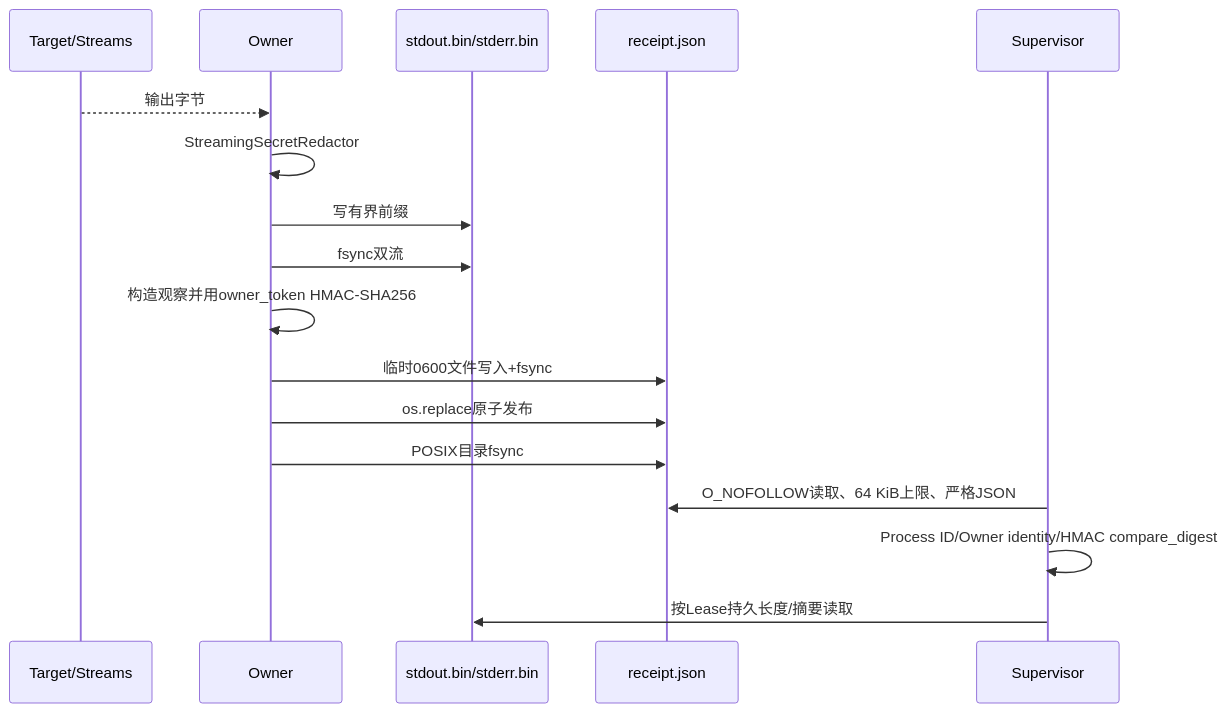
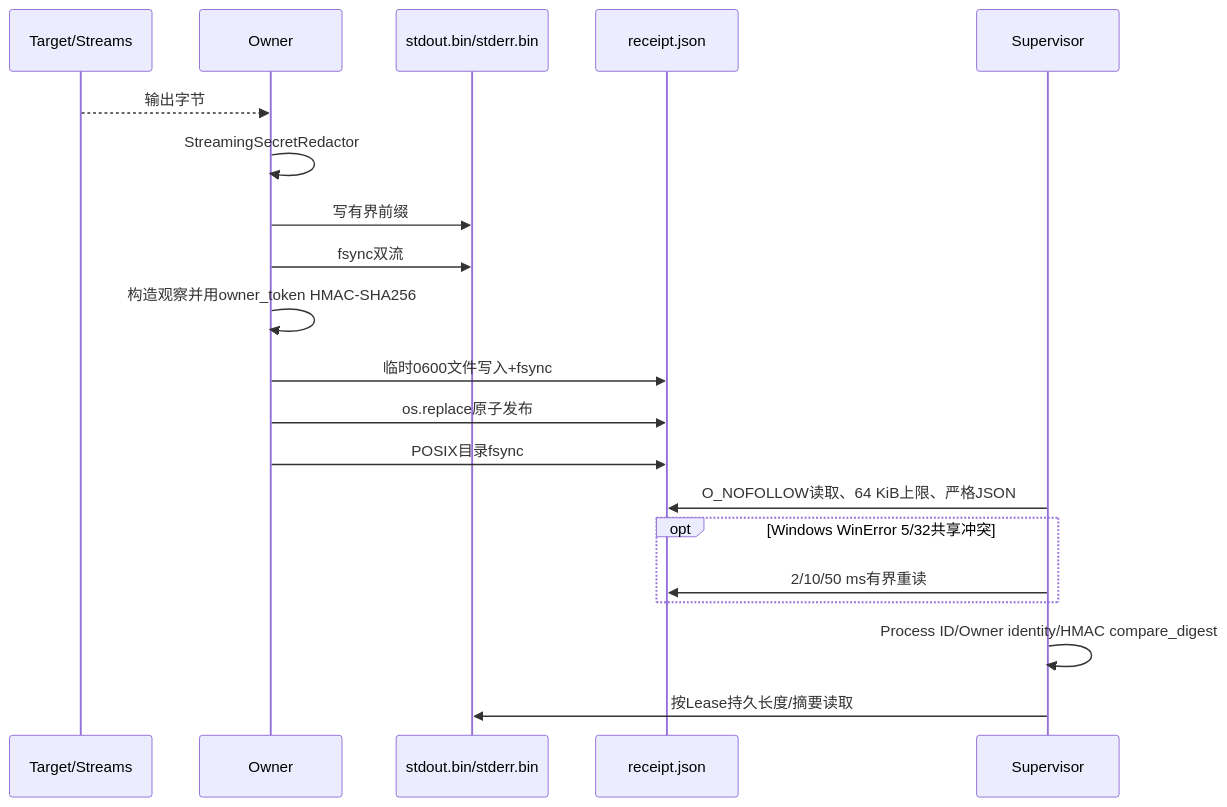
One commit to carrie1988/Harnessix changed diagram 12 of 17 in docs/modules/processes.md. Above: the diagram before and after it, drawn with Mermaid. The commit also changed other lines of this file and 8 other files, not shown here.

````diff
--- a/docs/modules/processes.md
+++ b/docs/modules/processes.md
@@ -797,19 +797,22 @@
 ```mermaid
 sequenceDiagram
     participant T as Target/Streams
     participant O as Owner
     participant F as stdout.bin/stderr.bin
     participant R as receipt.json
     participant S as Supervisor
     T-->>O: 输出字节
     O->>O: StreamingSecretRedactor
     O->>F: 写有界前缀
     O->>F: fsync双流
     O->>O: 构造观察并用owner_token HMAC-SHA256
     O->>R: 临时0600文件写入+fsync
     O->>R: os.replace原子发布
     O->>R: POSIX目录fsync
     S->>R: O_NOFOLLOW读取、64 KiB上限、严格JSON
+    opt Windows WinError 5/32共享冲突
+        S->>R: 2/10/50 ms有界重读
+    end
     S->>S: Process ID/Owner identity/HMAC compare_digest
     S->>F: 按Lease持久长度/摘要读取
 ```
````
